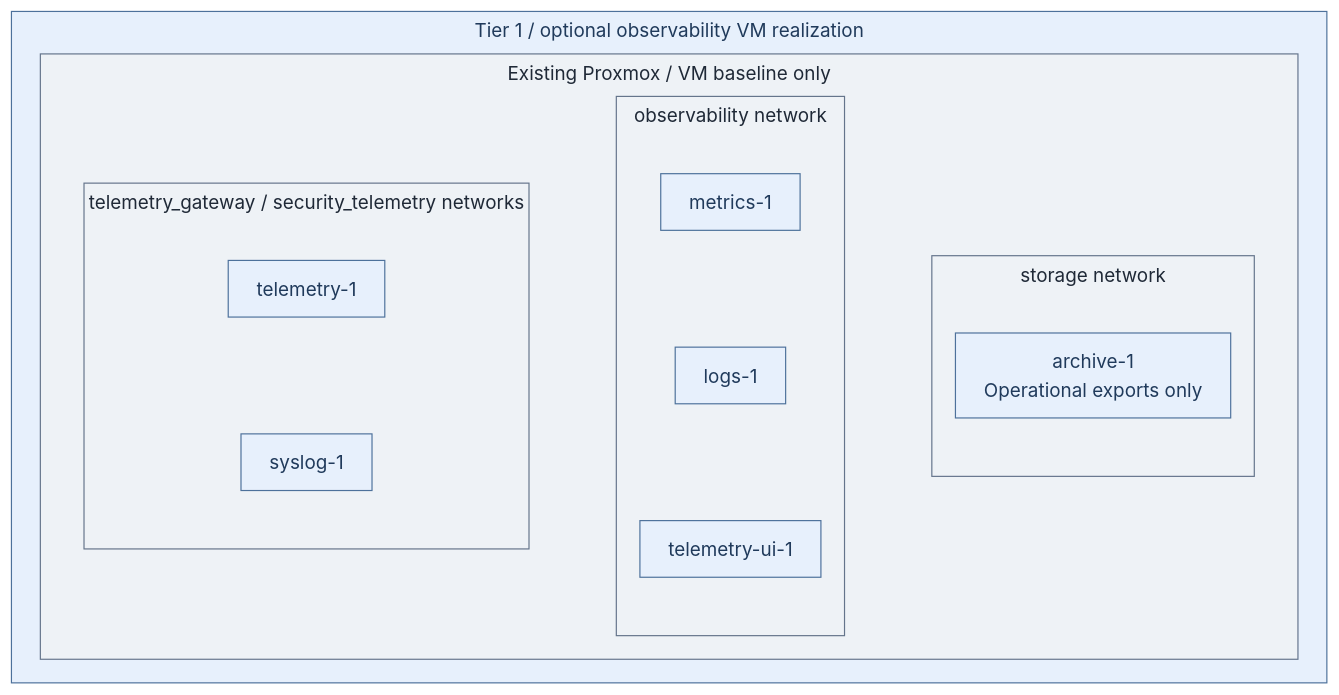
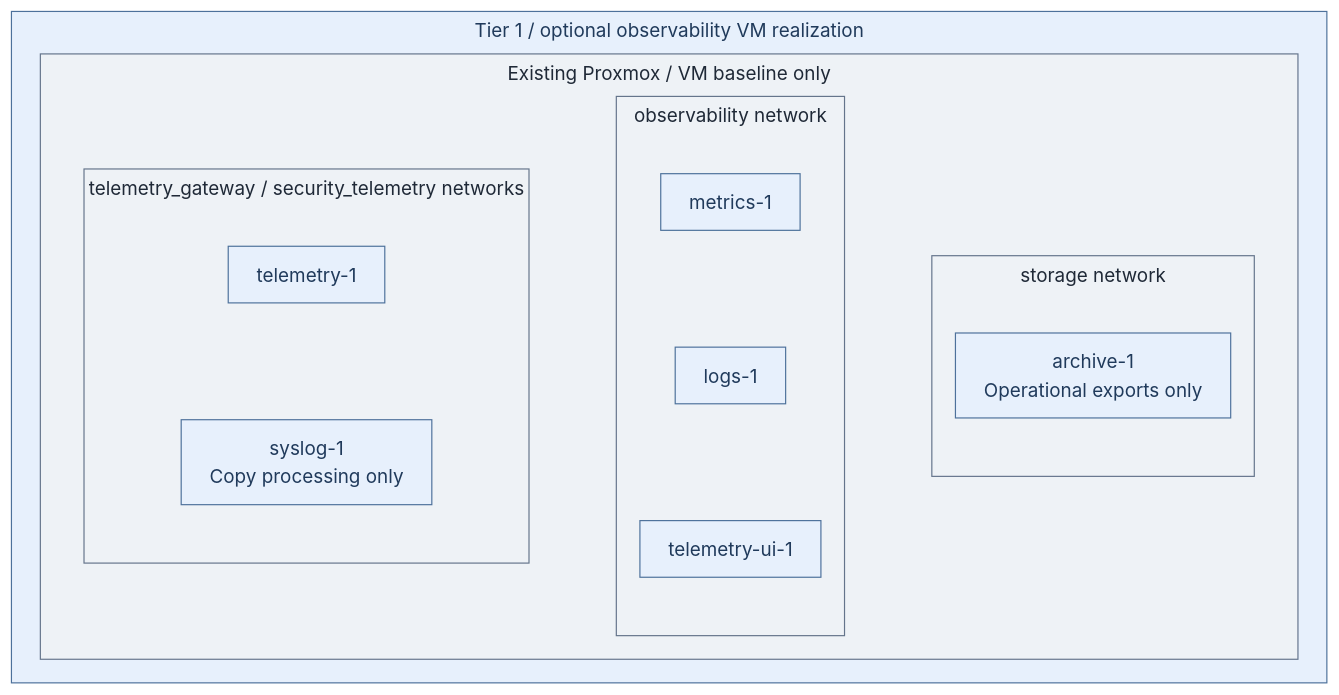
The diagram in docs/deployment/stage-4-control-services/step-2d-telemetry-vm.md (Rexus/homelab), drawn with Mermaid before and after one commit. The commit also changed other lines of this file and 22 other files, not shown here.

Commit message:
docs(diagrams): clarify tier boundaries and deployment layouts

````diff
--- a/docs/deployment/stage-4-control-services/step-2d-telemetry-vm.md
+++ b/docs/deployment/stage-4-control-services/step-2d-telemetry-vm.md
@@ -54,29 +59,29 @@
 ```mermaid
 %%{init: {"theme":"base","flowchart":{"nodeSpacing":20,"rankSpacing":24,"padding":12,"subGraphTitleMargin":{"top":4,"bottom":12}},"themeVariables":{"lineColor":"#627581","edgeLabelBackground":"#f8fafc"}}}%%
 flowchart TB
   subgraph T1["Tier 1 / optional observability VM realization"]
     subgraph PVE["Existing Proxmox / VM baseline only"]
       direction LR
       subgraph Intake["telemetry_gateway / security_telemetry networks"]
         OT["telemetry-1"]
-        Sys["syslog-1"]
+        Sys["syslog-1<br/>Copy processing only"]
         OT ~~~ Sys
       end
       subgraph Services["observability network"]
         Metrics["metrics-1"]
         Logs["logs-1"]
         UI["telemetry-ui-1"]
         Metrics ~~~ Logs ~~~ UI
       end
       subgraph Storage["storage network"]
         Archive["archive-1<br/>Operational exports only"]
       end
       Intake ~~~ Services ~~~ Storage
     end
   end
   classDef default fill:#f8fafc,stroke:#64748b,color:#1f2937
   classDef boundary fill:#eef2f6,stroke:#64748b,color:#1f2937
   classDef services fill:#e7f0fc,stroke:#4d719b,color:#203a5b
   class T1,OT,Sys,Metrics,Logs,UI,Archive services
   class PVE,Intake,Services,Storage boundary
 ```
````
